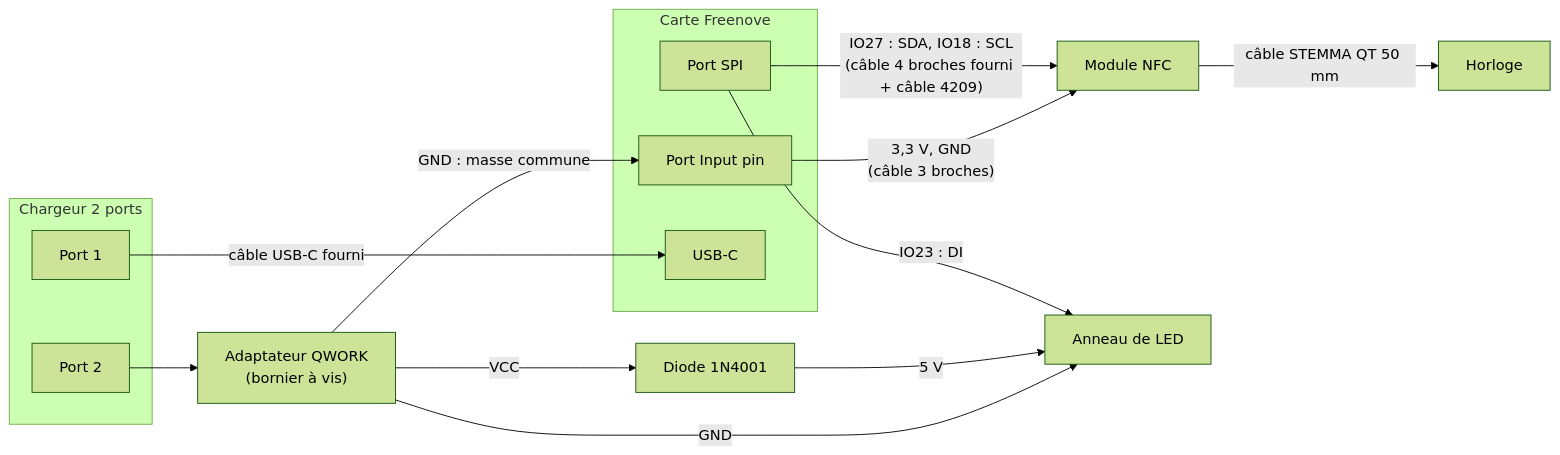
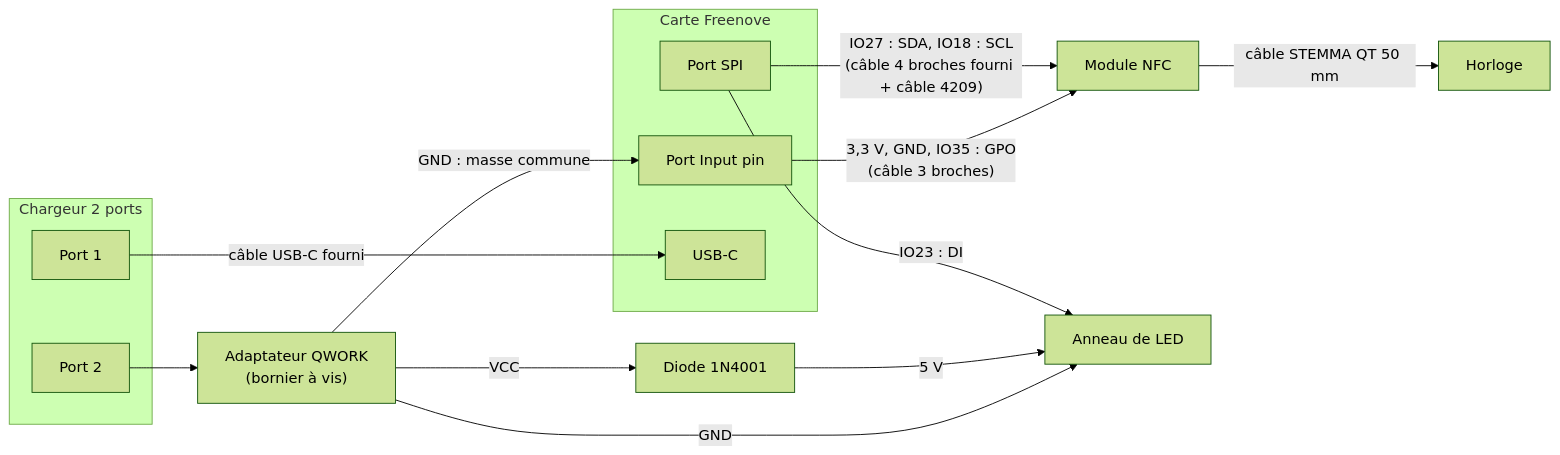
The second of 2 diagrams in docs/borne-materiel.md (Scubatana/scubanion), drawn with Mermaid (forest theme) before and after one commit. The commit also changed other lines of this file and 1 other file, not shown here.

First line of the commit message:
docs: protection, détection du téléphone et format du tag NFC des bornes

````diff
--- a/docs/borne-materiel.md
+++ b/docs/borne-materiel.md
@@ -132,27 +137,27 @@
 ```mermaid
 flowchart LR
   subgraph carte["Carte Freenove"]
     SPI["Port SPI"]
     IN["Port Input pin"]
     USBC["USB-C"]
   end
   subgraph chargeur["Chargeur 2 ports"]
     P1["Port 1"]
     P2["Port 2"]
   end
   NFC["Module NFC"]
   RTC["Horloge"]
   LED["Anneau de LED"]
   QW["Adaptateur QWORK<br/>(bornier à vis)"]
   D["Diode 1N4001"]
 
   SPI -->|"IO27 : SDA, IO18 : SCL<br/>(câble 4 broches fourni + câble 4209)"| NFC
-  IN -->|"3,3 V, GND<br/>(câble 3 broches)"| NFC
+  IN -->|"3,3 V, GND, IO35 : GPO<br/>(câble 3 broches)"| NFC
   NFC -->|câble STEMMA QT 50 mm| RTC
   SPI -->|IO23 : DI| LED
   P1 -->|câble USB-C fourni| USBC
   P2 --> QW
   QW -->|VCC| D -->|5 V| LED
   QW -->|GND| LED
   QW -->|GND : masse commune| IN
 ```
````
